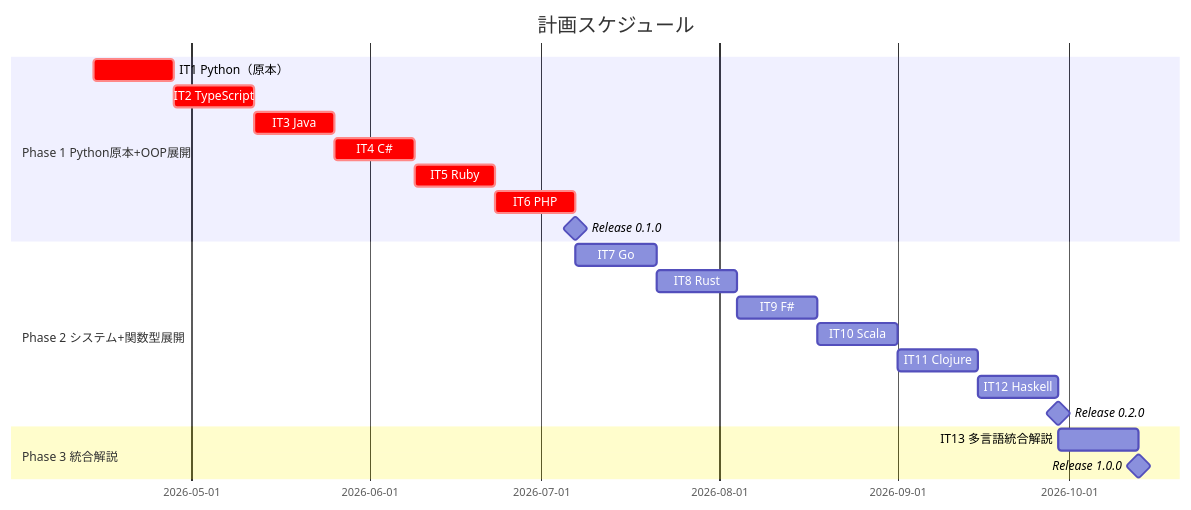
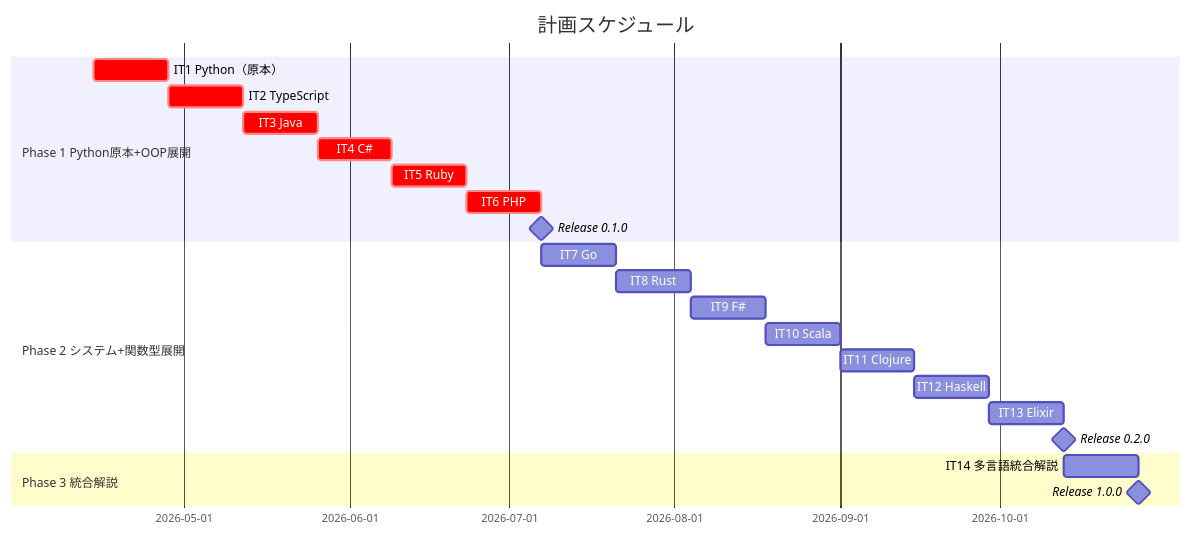
The first of 2 diagrams in docs/development/release_plan.md (k2works/getting-started-algorithm), drawn with Mermaid before and after one commit. The commit also changed other lines of this file and 1 other file, not shown here.

First line of the commit message:
docs: Elixir を対象言語に追加し release_plan を更新

````diff
--- a/docs/development/release_plan.md
+++ b/docs/development/release_plan.md
@@ -143,24 +144,25 @@
 ```mermaid
 gantt
     title 計画スケジュール
     dateFormat  YYYY-MM-DD
     section Phase 1 Python原本+OOP展開
     IT1 Python（原本）        :crit, p1-1, 2026-04-14, 14d
     IT2 TypeScript            :crit, p1-2, after p1-1, 14d
     IT3 Java                  :crit, p1-3, after p1-2, 14d
     IT4 C#                    :crit, p1-4, after p1-3, 14d
     IT5 Ruby                  :crit, p1-5, after p1-4, 14d
     IT6 PHP                   :crit, p1-6, after p1-5, 14d
     Release 0.1.0             :milestone, m1, after p1-6, 0d
     section Phase 2 システム+関数型展開
     IT7 Go                    :p2-1, after p1-6, 14d
     IT8 Rust                  :p2-2, after p2-1, 14d
     IT9 F#                    :p2-3, after p2-2, 14d
     IT10 Scala                :p2-4, after p2-3, 14d
     IT11 Clojure              :p2-5, after p2-4, 14d
     IT12 Haskell              :p2-6, after p2-5, 14d
-    Release 0.2.0             :milestone, m2, after p2-6, 0d
+    IT13 Elixir               :p2-7, after p2-6, 14d
+    Release 0.2.0             :milestone, m2, after p2-7, 0d
     section Phase 3 統合解説
-    IT13 多言語統合解説        :p3-1, after p2-6, 14d
+    IT14 多言語統合解説        :p3-1, after p2-7, 14d
     Release 1.0.0             :milestone, m3, after p3-1, 0d
 ```
````
